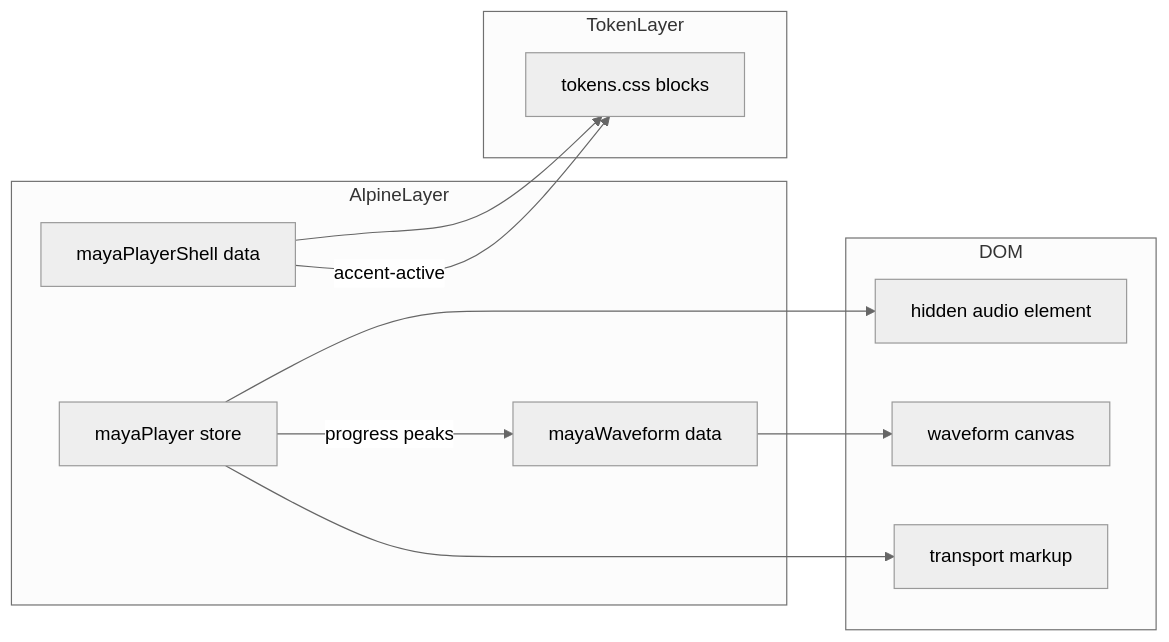
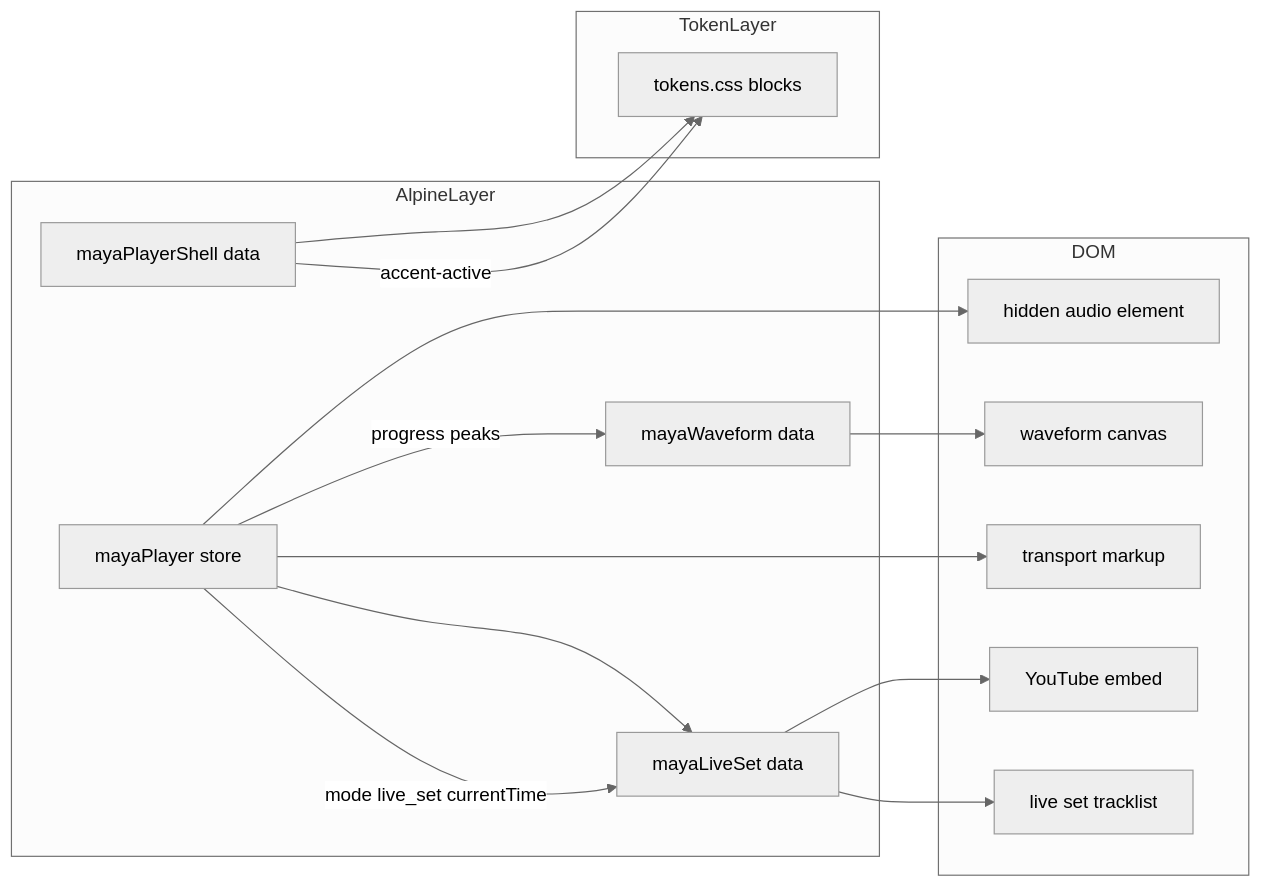
One commit to System-Nebula/maya-unified changed the diagram in docs/content/design/music-player-alpine.md. Above: the diagram before and after it, drawn with Mermaid (neutral theme). The commit also changed other lines of this file and 114 other files, not shown here.

First line of the commit message:
feat(dashboard): live-set chapter jumps sync with YouTube embed

````diff
--- a/docs/content/design/music-player-alpine.md
+++ b/docs/content/design/music-player-alpine.md
@@ -14,22 +25,29 @@
 ```mermaid
 flowchart LR
   subgraph alpine [AlpineLayer]
     store[mayaPlayer store]
     shell[mayaPlayerShell data]
     wave[mayaWaveform data]
+    liveSet[mayaLiveSet data]
   end
   subgraph dom [DOM]
     audio[hidden audio element]
     canvas[waveform canvas]
     controls[transport markup]
+    ytembed[YouTube embed]
+    tracklist[live set tracklist]
   end
   subgraph css [TokenLayer]
     tokens[tokens.css blocks]
   end
   store --> audio
   store --> controls
+  store --> liveSet
+  liveSet --> ytembed
+  liveSet --> tracklist
   shell --> tokens
   wave --> canvas
   shell -->|"accent-active"| tokens
   store -->|"progress peaks"| wave
+  store -->|"mode live_set currentTime"| liveSet
 ```
````
